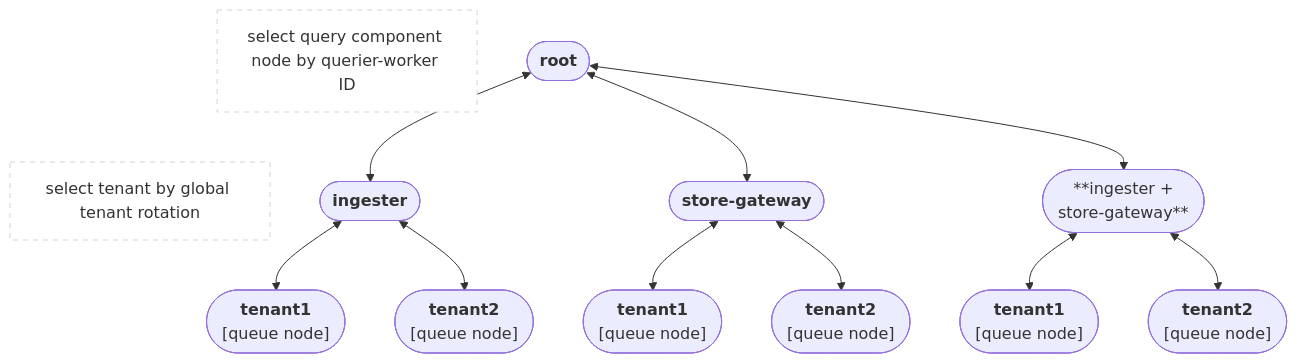
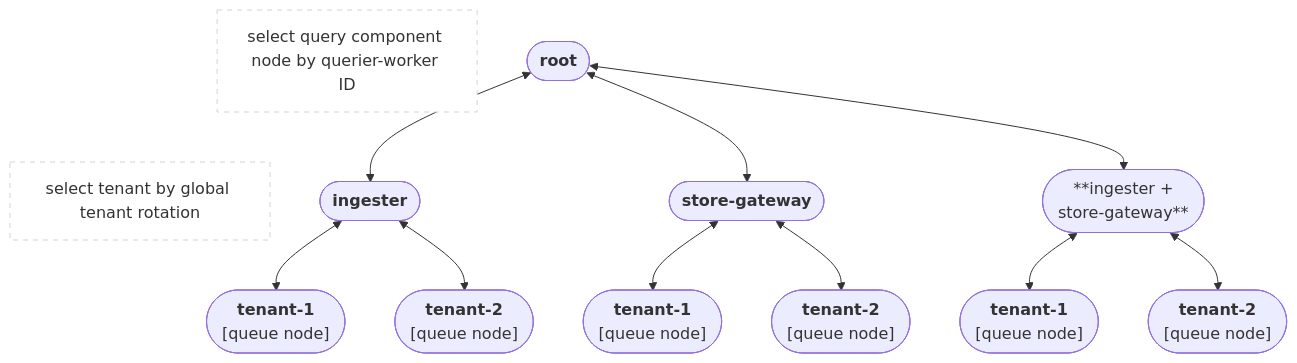
Before and after one commit to grafana/mimir: the first of 2 diagrams in pkg/scheduler/DESIGN.md, drawn with Mermaid. The commit also changed other lines of this file, not shown here.

````diff
--- a/pkg/scheduler/DESIGN.md
+++ b/pkg/scheduler/DESIGN.md
@@ -31,70 +31,70 @@
 ```mermaid
 %%{init: {"flowchart": {"htmlLabels": false}} }%%
 
 graph TB
     queryComponentAlgo["`
        select query component node by querier-worker ID
     `"]
     style queryComponentAlgo fill:white,stroke:lightgray,stroke-dasharray:5
 
 
     root(["`**root**
 
     `"])
 
     root~~~tenandShardAlgo["
         select tenant by global tenant rotation
     "]
 
     style tenandShardAlgo fill:white,stroke:lightgray,stroke-dasharray:5
 
     ingester(["`**ingester**`"])
     storeGateway(["`**store-gateway**`"])
 
     both(["`**ingester +
 
     store-gateway**`"])
 
     root<-->ingester
     root<-->storeGateway
     root<-->both
 
-    ingester-tenant1(["`**tenant1**
+    ingester-tenant1(["`**tenant-1**
 
     [queue node]
     `"])
-    ingester-tenant2(["`**tenant2**
+    ingester-tenant2(["`**tenant-2**
 
     [queue node]
     `"])
 
-    storeGateway-tenant1(["`**tenant1**
+    storeGateway-tenant1(["`**tenant-1**
 
     [queue node]
     `"])
-    storeGateway-tenant2(["`**tenant2**
+    storeGateway-tenant2(["`**tenant-2**
 
     [queue node]
     `"])
 
-    both-tenant1(["`**tenant1**
+    both-tenant1(["`**tenant-1**
 
     [queue node]
     `"])
-    both-tenant2(["`**tenant2**
+    both-tenant2(["`**tenant-2**
 
     [queue node]
     `"])
 
     ingester<-->ingester-tenant1
     ingester<-->ingester-tenant2
 
 
     storeGateway<-->storeGateway-tenant1
     storeGateway<-->storeGateway-tenant2
 
     both<-->both-tenant1
     both<-->both-tenant2
 
 
 ```
````
